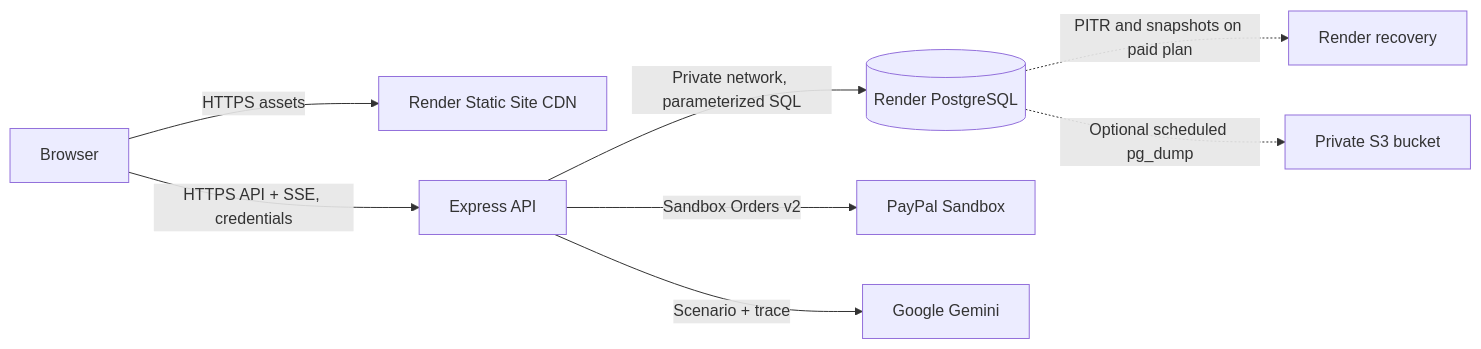
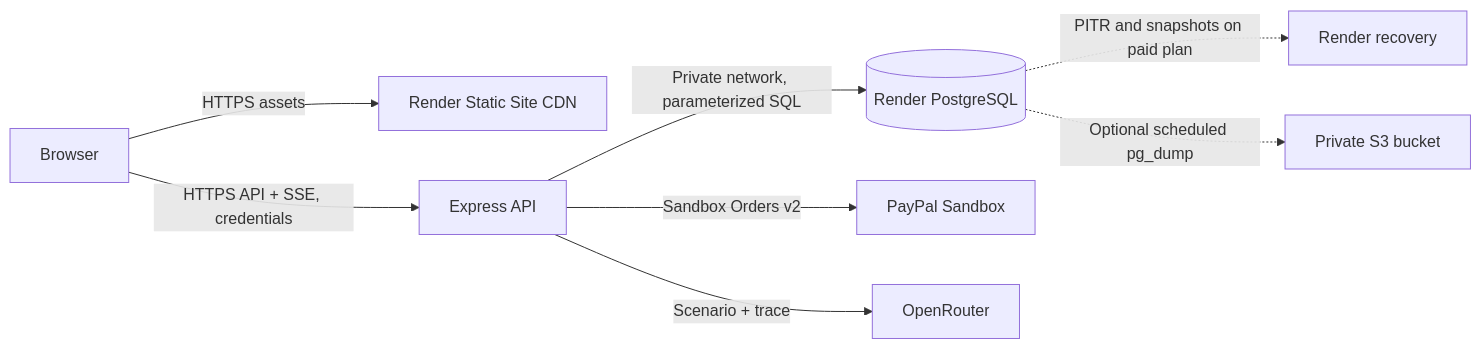
Before and after one commit to 5131541-mit/Paypal-Failure-Doctor: the diagram in README.md, drawn with Mermaid. The commit also changed other lines of this file and 3 other files, not shown here.

Commit message:
Security cleanup and OpenRouter configuration

````diff
--- a/README.md
+++ b/README.md
@@ -20,10 +20,10 @@
 ```mermaid
 flowchart LR
   Browser[Browser] -->|HTTPS assets| CDN[Render Static Site CDN]
   Browser -->|HTTPS API + SSE, credentials| API[Express API]
   API -->|Private network, parameterized SQL| DB[(Render PostgreSQL)]
   API -->|Sandbox Orders v2| PayPal[PayPal Sandbox]
-  API -->|Scenario + trace| Gemini[Google Gemini]
+  API -->|Scenario + trace| OpenRouter[OpenRouter]
   DB -.->|PITR and snapshots on paid plan| Backup[Render recovery]
   DB -.->|Optional scheduled pg_dump| S3[Private S3 bucket]
 ```
````
